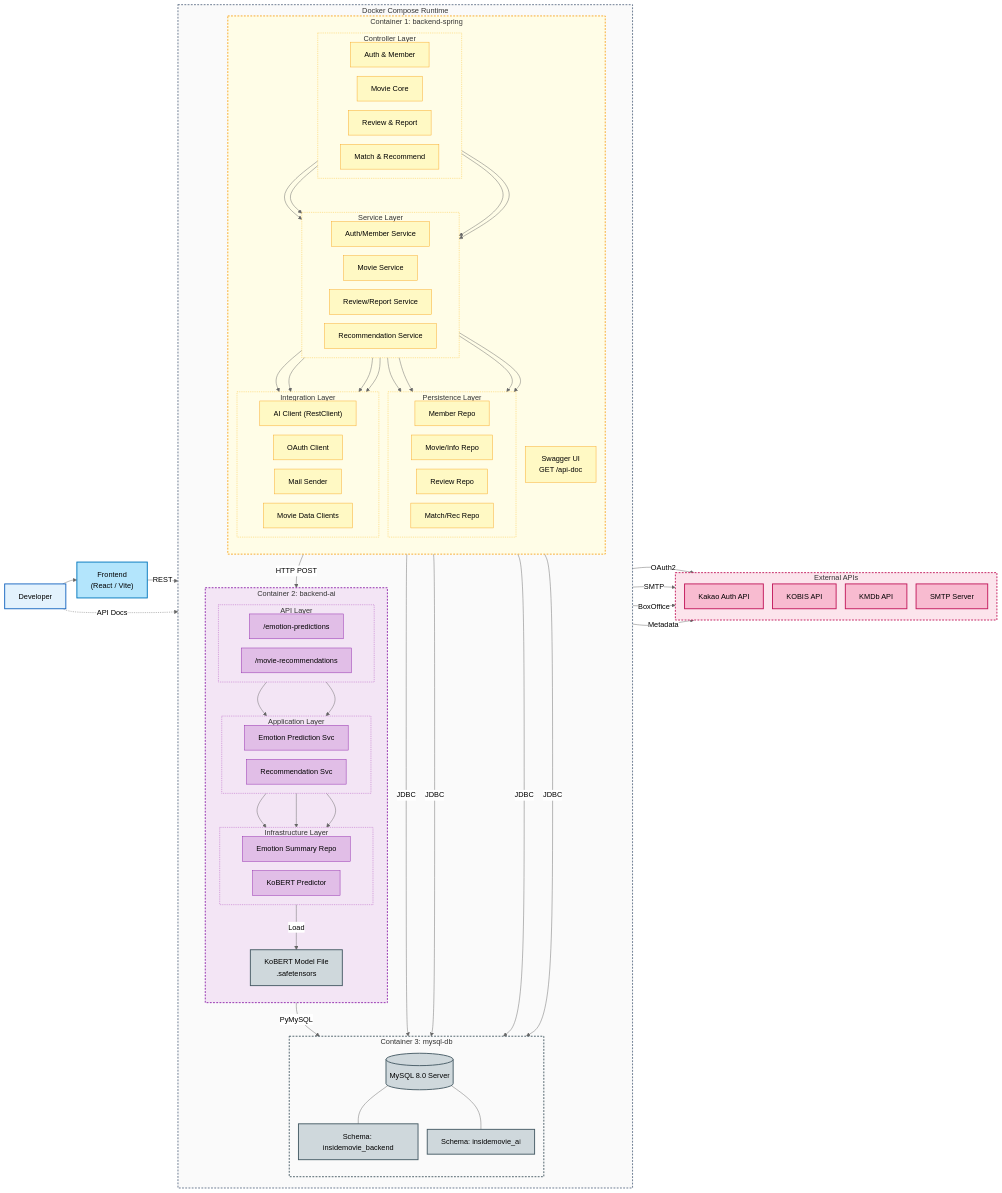
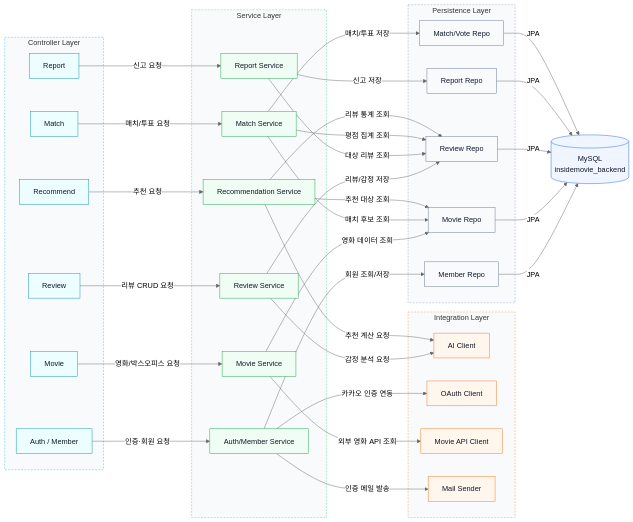
One commit to Gumraze-git/devlog changed the second of 3 diagrams in posts/projects/movie-platform.md. Above: the diagram before and after it, drawn with Mermaid (neutral theme). The commit also changed other lines of this file, not shown here.

Commit message:
docs(project): movie-platform 아키텍처 문서를 컨텍스트/내부구조 기준으로 재구성

````diff
--- a/posts/projects/movie-platform.md
+++ b/posts/projects/movie-platform.md
@@ -39,169 +89,83 @@
 ```mermaid
-%%{init: {'flowchart': {'nodeSpacing': 20, 'rankSpacing': 24, 'diagramPadding': 8}} }%%
 flowchart LR
-
-  Developer["Developer"] --> FE["Frontend<br>(React / Vite)"]
-
-  subgraph Docker["Docker Compose Runtime"]
-    direction TB
-
-    subgraph C_BE["Container 1: backend-spring"]
-      direction TB
-      BSwagger["Swagger UI<br>GET /api-doc"]
-
-      subgraph BController["Controller Layer"]
-        direction LR
-        C_Auth["Auth & Member"]
-        C_Movie["Movie Core"]
-        C_Review["Review & Report"]
-        C_Rec["Match & Recommend"]
-      end
-
-      subgraph BService["Service Layer"]
-        direction LR
-        S_Auth["Auth/Member Service"]
-        S_Movie["Movie Service"]
-        S_Review["Review/Report Service"]
-        S_Rec["Recommendation Service"]
-      end
-
-      subgraph BPersistence["Persistence Layer"]
-        direction LR
-        P_MemberRepo["Member Repo"]
-        P_MovieRepo["Movie/Info Repo"]
-        P_ReviewRepo["Review Repo"]
-        P_RecRepo["Match/Rec Repo"]
-      end
-
-      subgraph BIntegration["Integration Layer"]
-        direction LR
-        I_AI["AI Client (RestClient)"]
-        I_OAuth["OAuth Client"]
-        I_Mail["Mail Sender"]
-        I_MovieAPI["Movie Data Clients"]
-      end
-    end
-
-    subgraph C_AI["Container 2: backend-ai"]
-      direction TB
-      subgraph AApi["API Layer"]
-        direction LR
-        A_R_Emotion["/emotion-predictions"]
-        A_R_Rec["/movie-recommendations"]
-      end
-      subgraph AApp["Application Layer"]
-        direction LR
-        A_S_Emotion["Emotion Prediction Svc"]
-        A_S_Rec["Recommendation Svc"]
-      end
-      subgraph AInfra["Infrastructure Layer"]
-        direction LR
-        A_I_Repo["Emotion Summary Repo"]
-        A_I_Model["KoBERT Predictor"]
-      end
-      Model["KoBERT Model File<br>.safetensors"]
-    end
-
-    subgraph C_DB["Container 3: mysql-db"]
-      direction TB
-      MySQLSrv[("MySQL 8.0 Server")]
-      SchemaBackend["Schema: insidemovie_backend"]
-      SchemaAI["Schema: insidemovie_ai"]
-      MySQLSrv --- SchemaBackend
-      MySQLSrv --- SchemaAI
-    end
+  subgraph C["Controller Layer"]
+    C_Auth["Auth / Member"]
+    C_Movie["Movie"]
+    C_Review["Review"]
+    C_Report["Report"]
+    C_Match["Match"]
+    C_Recommend["Recommend"]
   end
 
-  subgraph EXT["External APIs"]
-    direction TB
-    ExtKakao["Kakao Auth API"]
-    ExtKOBIS["KOBIS API"]
-    ExtKMDb["KMDb API"]
-    ExtSMTP["SMTP Server"]
+  subgraph S["Service Layer"]
+    S_Auth["Auth/Member Service"]
+    S_Movie["Movie Service"]
+    S_Review["Review Service"]
+    S_Report["Report Service"]
+    S_Match["Match Service"]
+    S_Recommend["Recommendation Service"]
   end
 
-  FE -- REST --> C_Auth
-  Developer -. API Docs .-> BSwagger
+  subgraph I["Integration Layer"]
+    I_AI["AI Client"]
+    I_OAuth["OAuth Client"]
+    I_MovieAPI["Movie API Client"]
+    I_Mail["Mail Sender"]
+  end
 
-  C_Auth --> S_Auth
-  C_Movie --> S_Movie
-  C_Review --> S_Review
-  C_Rec --> S_Rec
+  subgraph P["Persistence Layer"]
+    P_Member["Member Repo"]
+    P_Movie["Movie Repo"]
+    P_Review["Review Repo"]
+    P_Report["Report Repo"]
+    P_Match["Match/Vote Repo"]
+  end
 
-  S_Auth --> P_MemberRepo & I_OAuth & I_Mail
-  S_Movie --> P_MovieRepo & I_MovieAPI
-  S_Review --> P_ReviewRepo
-  S_Rec --> P_RecRepo & I_AI
+  DB[("MySQL<br/>insidemovie_backend")]
 
-  I_AI -- HTTP POST --> A_R_Emotion
-  A_R_Emotion --> A_S_Emotion
-  A_R_Rec --> A_S_Rec
-  A_S_Emotion --> A_I_Repo & A_I_Model
-  A_S_Rec --> A_I_Repo
+  C_Auth -- "인증·회원 요청" --> S_Auth
+  C_Movie -- "영화/박스오피스 요청" --> S_Movie
+  C_Review -- "리뷰 CRUD 요청" --> S_Review
+  C_Report -- "신고 요청" --> S_Report
+  C_Match -- "매치/투표 요청" --> S_Match
+  C_Recommend -- "추천 요청" --> S_Recommend
 
-  P_MemberRepo -- JDBC --> SchemaBackend
-  P_MovieRepo -- JDBC --> SchemaBackend
-  P_ReviewRepo -- JDBC --> SchemaBackend
-  P_RecRepo -- JDBC --> SchemaBackend
-  A_I_Repo -- PyMySQL --> SchemaAI
-  A_I_Model -- Load --> Model
+  S_Auth -- "회원 조회/저장" --> P_Member
+  S_Auth -- "카카오 인증 연동" --> I_OAuth
+  S_Auth -- "인증 메일 발송" --> I_Mail
+  S_Movie -- "영화 데이터 조회" --> P_Movie
+  S_Movie -- "외부 영화 API 조회" --> I_MovieAPI
+  S_Review -- "리뷰/감정 저장" --> P_Review
+  S_Review -- "감정 분석 요청" --> I_AI
+  S_Report -- "신고 저장" --> P_Report
+  S_Report -- "대상 리뷰 조회" --> P_Review
+  S_Match -- "매치/투표 저장" --> P_Match
+  S_Match -- "매치 후보 조회" --> P_Movie
+  S_Match -- "평점 집계 조회" --> P_Review
+  S_Recommend -- "추천 대상 조회" --> P_Movie
+  S_Recommend -- "리뷰 통계 조회" --> P_Review
+  S_Recommend -- "추천 계산 요청" --> I_AI
 
-  I_OAuth -- OAuth2 --> ExtKakao
-  I_Mail -- SMTP --> ExtSMTP
-  I_MovieAPI -- BoxOffice --> ExtKOBIS
-  I_MovieAPI -- Metadata --> ExtKMDb
+  P_Member -- "JPA" --> DB
+  P_Movie -- "JPA" --> DB
+  P_Review -- "JPA" --> DB
+  P_Report -- "JPA" --> DB
+  P_Match -- "JPA" --> DB
 
-  C_Auth:::be_comp
-  C_Movie:::be_comp
-  C_Review:::be_comp
-  C_Rec:::be_comp
-  S_Auth:::be_comp
-  S_Movie:::be_comp
-  S_Review:::be_comp
-  S_Rec:::be_comp
-  P_MemberRepo:::be_comp
-  P_MovieRepo:::be_comp
-  P_ReviewRepo:::be_comp
-  P_RecRepo:::be_comp
-  I_AI:::be_comp
-  I_OAuth:::be_comp
-  I_Mail:::be_comp
-  I_MovieAPI:::be_comp
-  BSwagger:::be_comp
-  A_R_Emotion:::ai_comp
-  A_R_Rec:::ai_comp
-  A_S_Emotion:::ai_comp
-  A_S_Rec:::ai_comp
-  A_I_Model:::ai_comp
-  A_I_Repo:::ai_comp
-  MySQLSrv:::db
-  SchemaBackend:::db
-  SchemaAI:::db
-  Model:::db
-  Developer:::developer
-  FE:::frontend
-  ExtKakao:::external
-  ExtKOBIS:::external
-  ExtKMDb:::external
-  ExtSMTP:::external
+  class C_Auth,C_Movie,C_Review,C_Report,C_Match,C_Recommend controller
+  class S_Auth,S_Movie,S_Review,S_Report,S_Match,S_Recommend service
+  class I_AI,I_OAuth,I_MovieAPI,I_Mail integration
+  class P_Member,P_Movie,P_Review,P_Report,P_Match repo
+  class DB data
 
-  classDef developer fill:#e3f2fd,stroke:#1565c0,stroke-width:2px,color:#000
-  classDef frontend fill:#b3e5fc,stroke:#0277bd,stroke-width:2px,color:#000
-  classDef be_comp fill:#fff9c4,stroke:#f9a825,stroke-width:1px,color:#000
-  classDef ai_comp fill:#e1bee7,stroke:#8e24aa,stroke-width:1px,color:#000
-  classDef db fill:#cfd8dc,stroke:#455a64,stroke-width:2px,color:#000
-  classDef external fill:#f8bbd0,stroke:#c2185b,stroke-width:2px,color:#000
+  classDef controller fill:#ecfeff,stroke:#0891b2,color:#0f172a,stroke-width:1px
+  classDef service fill:#f0fdf4,stroke:#16a34a,color:#0f172a,stroke-width:1px
+  classDef integration fill:#fff7ed,stroke:#f97316,color:#0f172a,stroke-width:1px
+  classDef repo fill:#f8fafc,stroke:#64748b,color:#0f172a,stroke-width:1px
+  classDef data fill:#eff6ff,stroke:#2563eb,color:#0f172a,stroke-width:1px
 
-  style BPersistence fill:none,stroke:#fbc02d,stroke-width:1px,stroke-dasharray: 2 2
-  style BIntegration fill:none,stroke:#fbc02d,stroke-width:1px,stroke-dasharray: 2 2
-  style BController fill:none,stroke:#fbc02d,stroke-width:1px,stroke-dasharray: 2 2
-  style BService fill:none,stroke:#fbc02d,stroke-width:1px,stroke-dasharray: 2 2
-  style AApi fill:none,stroke:#ab47bc,stroke-width:1px,stroke-dasharray: 2 2
-  style AApp fill:none,stroke:#ab47bc,stroke-width:1px,stroke-dasharray: 2 2
-  style AInfra fill:none,stroke:#ab47bc,stroke-width:1px,stroke-dasharray: 2 2
-  style Docker fill:#fafafa,stroke:#64748b,stroke-width:2px,stroke-dasharray: 4 3
-  style C_BE fill:#fffde7,stroke:#f9a825,stroke-width:2px,stroke-dasharray: 4 3
-  style C_AI fill:#f3e5f5,stroke:#8e24aa,stroke-width:2px,stroke-dasharray: 4 3
-  style C_DB fill:none,stroke:#455a64,stroke-width:2px,stroke-dasharray: 4 3
-  style EXT fill:#fce4ec,stroke:#c2185b,stroke-width:2px,stroke-dasharray: 4 3
+  style C fill:#f8fafc,stroke:#38bdf8,stroke-dasharray: 4 3
+  style S fill:#f8fafc,stroke:#4ade80,stroke-dasharray: 4 3
+  style I fill:#f8fafc,stroke:#fb923c,stroke-dasharray: 4 3
+  style P fill:#f8fafc,stroke:#94a3b8,stroke-dasharray: 4 3
 ```
````
